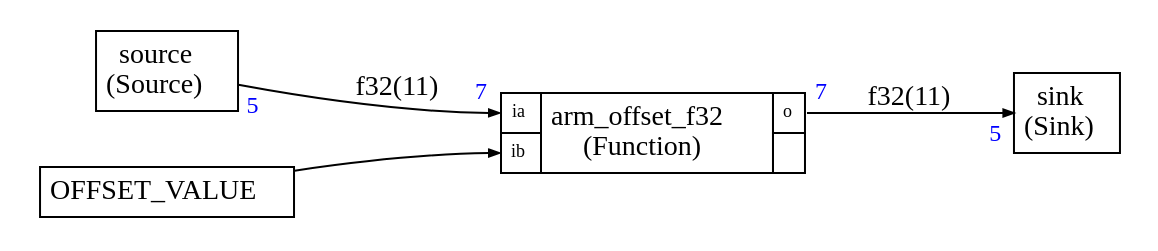
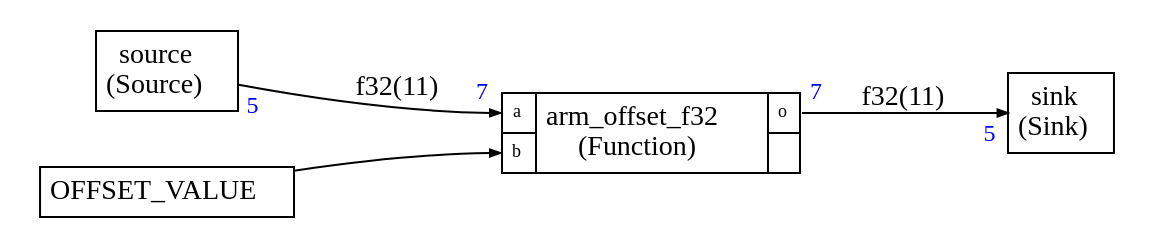
The diagram in Examples/simpledsp/simpledsp.dot (ARM-software/CMSIS-Stream), drawn with Graphviz before and after one commit. The commit also changed 37 other files, not shown here.

```diff
--- a/Examples/simpledsp/simpledsp.dot
+++ b/Examples/simpledsp/simpledsp.dot
@@ -1,65 +1,65 @@
 
 
 
 
 digraph structs {
     node [shape=plaintext]
     rankdir=LR
     edge [arrowsize=0.5]
     fontname="times"
 
 
 
 arm_offset_f321 [label=<
 <TABLE BORDER="0" CELLBORDER="1" CELLSPACING="0" CELLPADDING="4">
   <TR>
-    <TD PORT="ia"><FONT POINT-SIZE="9.0">ia</FONT></TD>
+    <TD PORT="a"><FONT POINT-SIZE="9.0">a</FONT></TD>
     <TD ALIGN="CENTER" ROWSPAN="2">arm_offset_f32<BR/>(Function)</TD>
     <TD PORT="o"><FONT POINT-SIZE="9.0">o</FONT></TD>
   </TR>
 <TR>
-<TD PORT="ib"><FONT POINT-SIZE="9.0">ib</FONT></TD>
+<TD PORT="b"><FONT POINT-SIZE="9.0">b</FONT></TD>
 
  
 <TD></TD></TR>
 
 </TABLE>>];
 
 sink [label=<
 <TABLE BORDER="0" CELLBORDER="1" CELLSPACING="0" CELLPADDING="4">
   <TR>
     <TD ALIGN="CENTER" PORT="i">sink<BR/>(Sink)</TD>
   </TR>
 </TABLE>>];
 
 source [label=<
 <TABLE BORDER="0" CELLBORDER="1" CELLSPACING="0" CELLPADDING="4">
   <TR>
     <TD ALIGN="CENTER" PORT="i">source<BR/>(Source)</TD>
   </TR>
 </TABLE>>];
 
 
 
-source:i -> arm_offset_f321:ia [label="f32(11)"
+source:i -> arm_offset_f321:a [label="f32(11)"
 ,headlabel=<<TABLE BORDER="0" CELLPADDING="2"><TR><TD><FONT COLOR="blue" POINT-SIZE="12.0" >7</FONT>
 </TD></TR></TABLE>>
 ,taillabel=<<TABLE BORDER="0" CELLPADDING="2"><TR><TD><FONT COLOR="blue" POINT-SIZE="12.0" >5</FONT>
 </TD></TR></TABLE>>]
 
 arm_offset_f321:o -> sink:i [label="f32(11)"
 ,headlabel=<<TABLE BORDER="0" CELLPADDING="2"><TR><TD><FONT COLOR="blue" POINT-SIZE="12.0" >5</FONT>
 </TD></TR></TABLE>>
 ,taillabel=<<TABLE BORDER="0" CELLPADDING="2"><TR><TD><FONT COLOR="blue" POINT-SIZE="12.0" >7</FONT>
 </TD></TR></TABLE>>]
 
 OFFSET_VALUE [label=<
 <TABLE BORDER="0" CELLBORDER="1" CELLSPACING="0" CELLPADDING="4">
   <TR>
     <TD ALIGN="CENTER" PORT="i">OFFSET_VALUE</TD>
   </TR>
 </TABLE>>];
 
-OFFSET_VALUE:i -> arm_offset_f321:ib
+OFFSET_VALUE:i -> arm_offset_f321:b
 
 }
```
